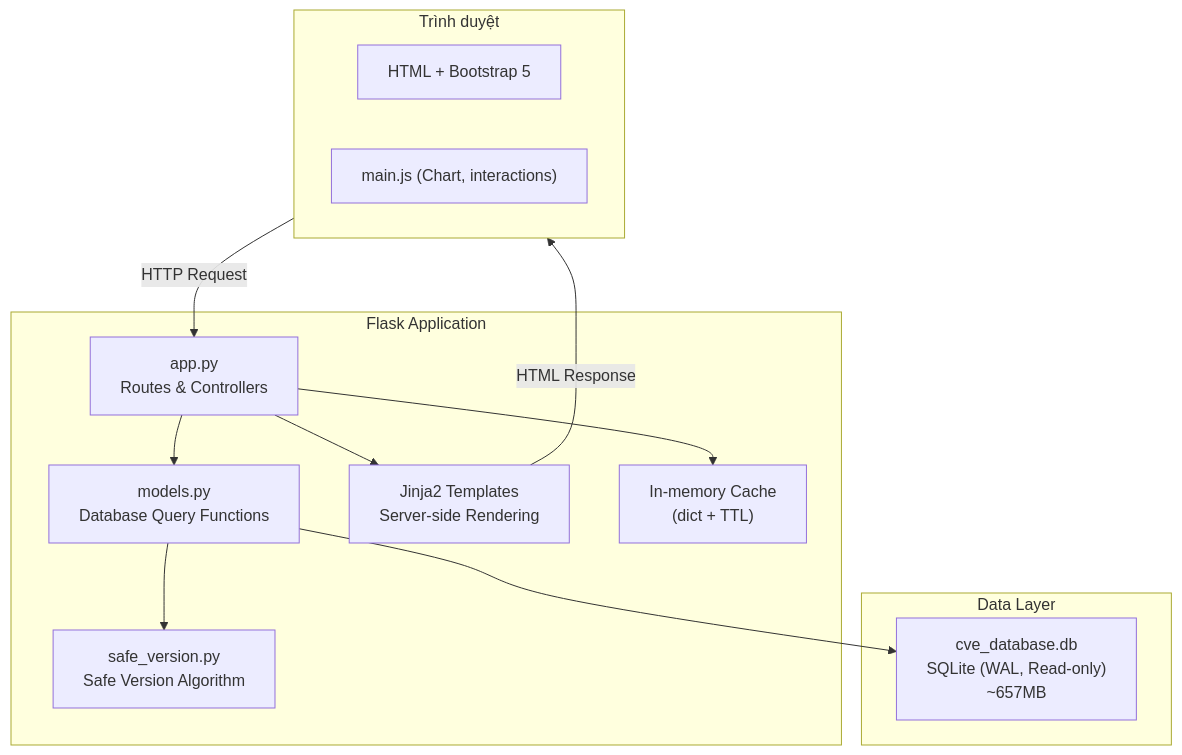
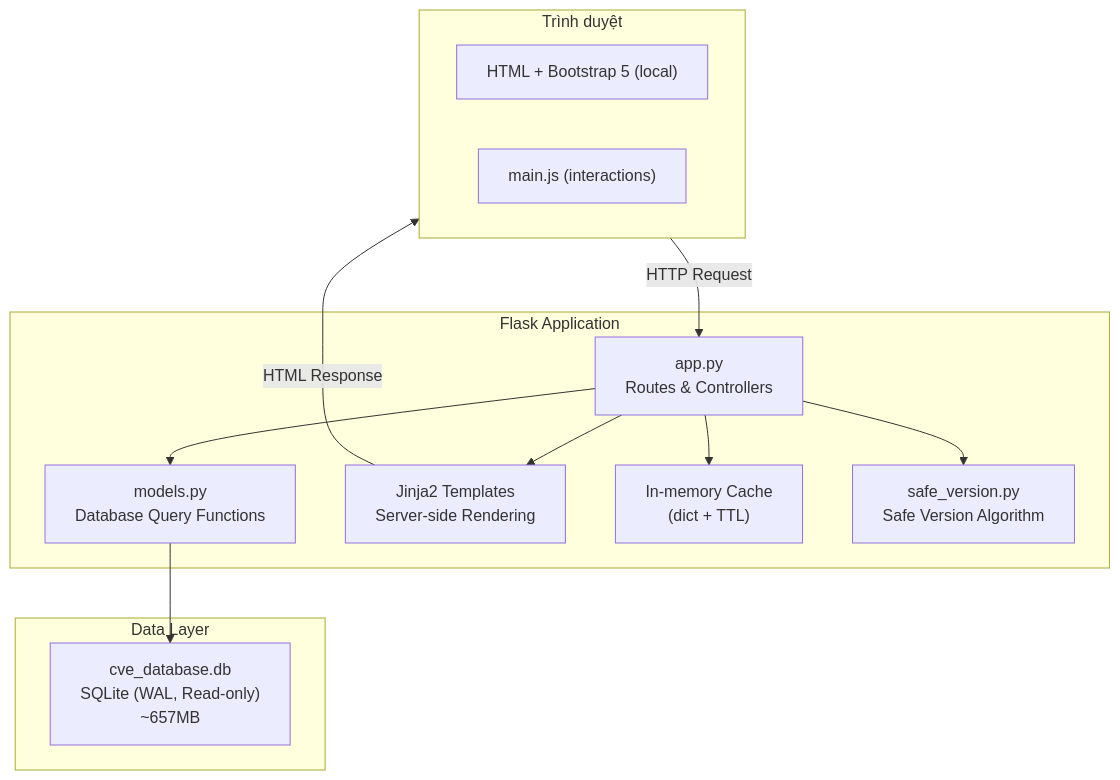
The first of 3 diagrams in .kiro/specs/cve-database-website/design.md (haunvsec/Secure-software), drawn with Mermaid before and after one commit. The commit also changed other lines of this file and 33 other files, not shown here.

````diff
--- a/.kiro/specs/cve-database-website/design.md
+++ b/.kiro/specs/cve-database-website/design.md
@@ -13,27 +13,27 @@
 ```mermaid
 graph TB
     subgraph Client["Trình duyệt"]
-        HTML["HTML + Bootstrap 5"]
-        JS["main.js (Chart, interactions)"]
+        HTML["HTML + Bootstrap 5 (local)"]
+        JS["main.js (interactions)"]
     end
 
     subgraph Flask["Flask Application"]
         Routes["app.py<br/>Routes & Controllers"]
         Models["models.py<br/>Database Query Functions"]
         Templates["Jinja2 Templates<br/>Server-side Rendering"]
         Cache["In-memory Cache<br/>(dict + TTL)"]
         SafeVer["safe_version.py<br/>Safe Version Algorithm"]
     end
 
     subgraph Data["Data Layer"]
         DB["cve_database.db<br/>SQLite (WAL, Read-only)<br/>~657MB"]
     end
 
     Client -->|HTTP Request| Routes
     Routes --> Models
     Routes --> Templates
     Routes --> Cache
     Models --> DB
-    Models --> SafeVer
+    Routes --> SafeVer
     Templates -->|HTML Response| Client
 ```
````
